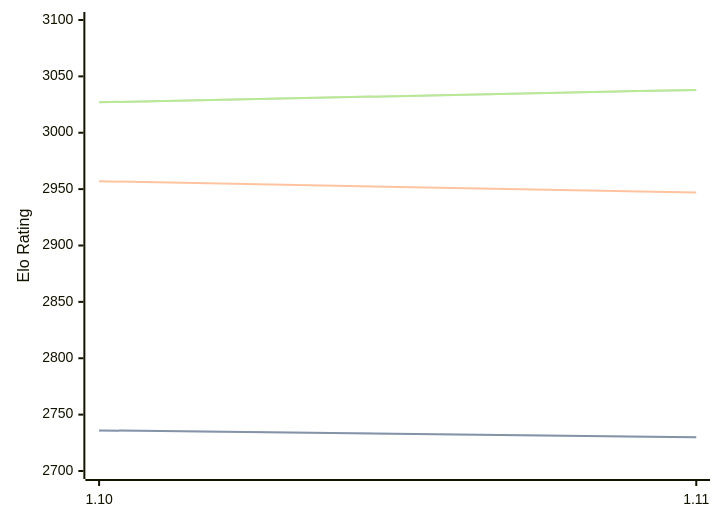
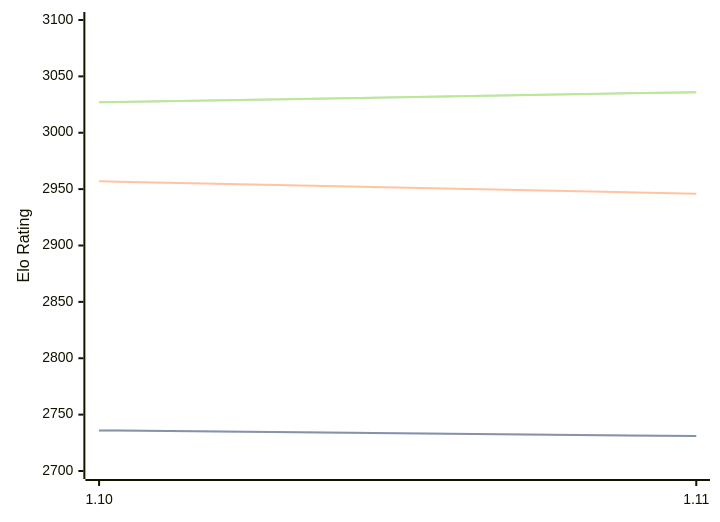
Before and after one commit to computer-chess-index/cci: the diagram in engines/Roc.md, drawn with Mermaid. The commit also changed other lines of this file, not shown here.

Commit message:
Update CCI Ratings (ELO VLTC) - 2026-08-30

````diff
--- a/engines/Roc.md
+++ b/engines/Roc.md
@@ -42,11 +42,11 @@
 ```mermaid
 %%{init: {"theme":"base","themeVariables":{"seriesColors:['#a3a3a3','#222221','#faa371']}}}%%
 xychart-beta
   x-axis ["1.10", "1.11"]
   y-axis "Elo Rating" 2700 --> 3100
-  line "" [2736, 2730]
-  line "STC (8.0+0.08s)" [2736, 2730]
-  line "LTC (60.0+0.60s)" [2957, 2947]
-  line "" [3027, 3038]
-  line "VLTC (2m24s+1.12s)" [3027, 3038]
+  line "" [2736, 2731]
+  line "STC (8.0+0.08s)" [2736, 2731]
+  line "LTC (60.0+0.60s)" [2957, 2946]
+  line "" [3027, 3036]
+  line "VLTC (2m24s+1.12s)" [3027, 3036]
 ```
````
